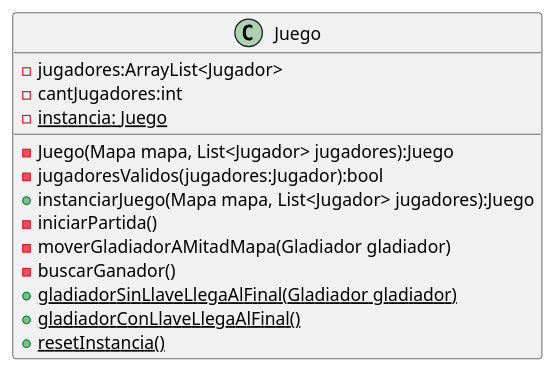
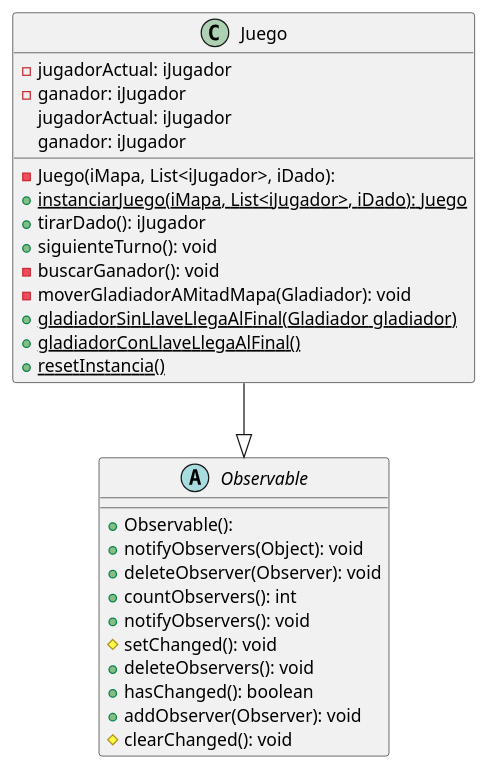
One commit to mcumskov/Algo3_tp2 changed the diagram in diagrams/clases/clase_juego.plantuml. Above: the diagram before and after it, drawn with PlantUML. The commit also changed 6 other files, not shown here.

Commit message:
juego ya no instancia un gestorTurnos, recibe un iGestorTurnos por parametros y deja de recibir la lista de jugadores, ahora juego no esta acoplado al gestor de turnos y esta programado enteramente contra interfaces

```diff
--- a/diagrams/clases/clase_juego.plantuml
+++ b/diagrams/clases/clase_juego.plantuml
@@ -1,17 +1,33 @@
 @startuml
+skinparam linetype ortho
+
 class Juego {
-    - jugadores:ArrayList<Jugador>
-    - cantJugadores:int
-    - {static}instancia: Juego
-    - Juego(Mapa mapa, List<Jugador> jugadores):Juego
-    - jugadoresValidos(jugadores:Jugador):bool
-    + instanciarJuego(Mapa mapa, List<Jugador> jugadores):Juego
-    - iniciarPartida()
-    - moverGladiadorAMitadMapa(Gladiador gladiador)
-    - buscarGanador()
-    + {static}gladiadorSinLlaveLlegaAlFinal(Gladiador gladiador)
-    + {static} gladiadorConLlaveLlegaAlFinal()
-    + {static} resetInstancia()
+  - Juego(iMapa, List<iJugador>, iDado):
+  - jugadorActual: iJugador
+  - ganador: iJugador
+  + {static}instanciarJuego(iMapa, List<iJugador>, iDado): Juego
+  + tirarDado(): iJugador
+  + siguienteTurno(): void
+  - buscarGanador(): void
+  - moverGladiadorAMitadMapa(Gladiador): void
+  + {static}gladiadorSinLlaveLlegaAlFinal(Gladiador gladiador)
+  + {static} gladiadorConLlaveLlegaAlFinal()
+  + {static} resetInstancia()
+   jugadorActual: iJugador
+   ganador: iJugador
+}
+abstract class Observable {
+  + Observable():
+  + notifyObservers(Object): void
+  + deleteObserver(Observer): void
+  + countObservers(): int
+  + notifyObservers(): void
+  # setChanged(): void
+  + deleteObservers(): void
+  + hasChanged(): boolean
+  + addObserver(Observer): void
+  # clearChanged(): void
+}
 
-}
+Juego       --^  Observable
 @enduml
```
